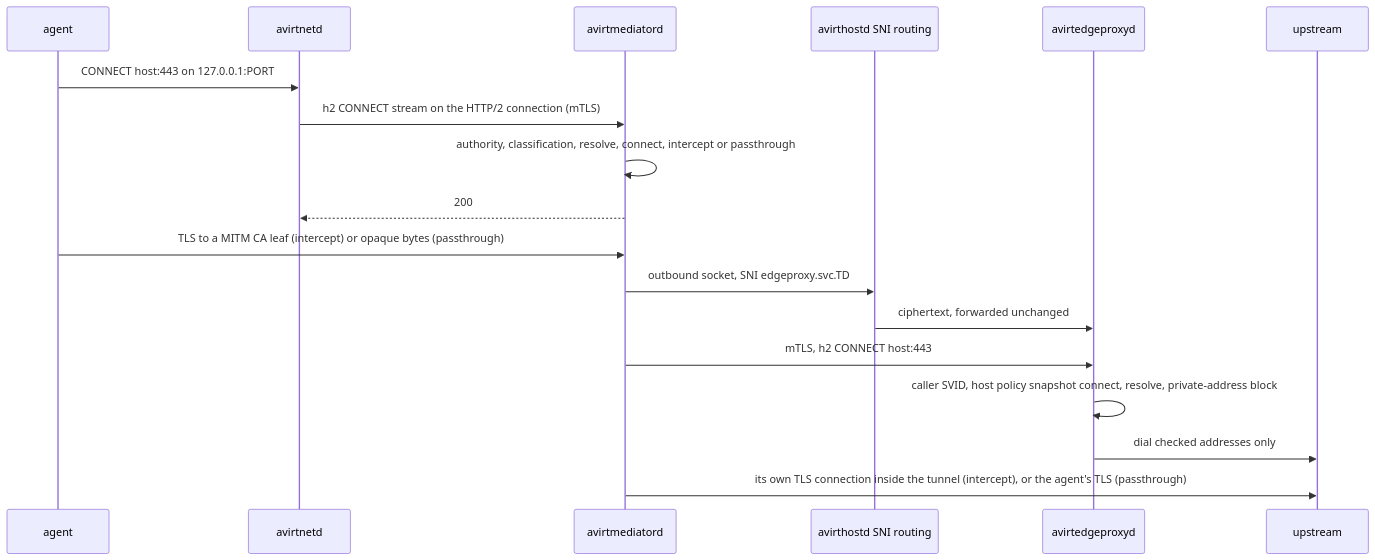
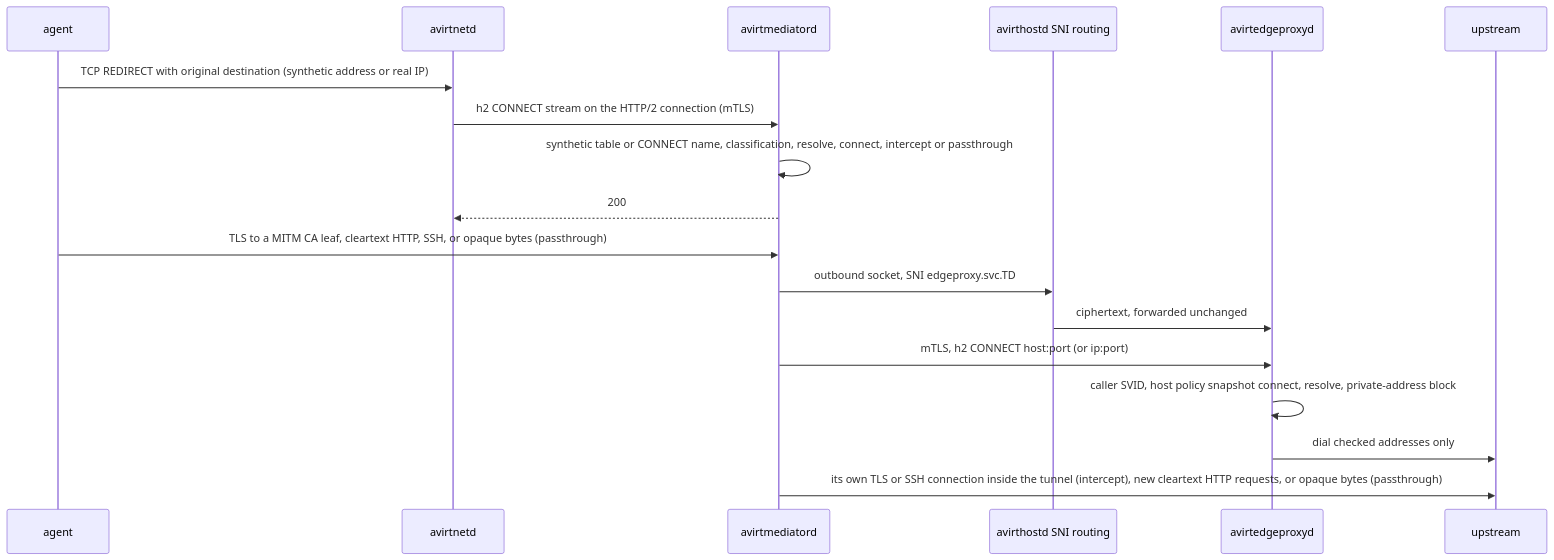
Before and after one commit to tbhb-dev/avirt: the second of 3 diagrams in docs/networking.md, drawn with Mermaid. The commit also changed other lines of this file and 58 other files, not shown here.

````diff
--- a/docs/networking.md
+++ b/docs/networking.md
@@ -161,20 +280,20 @@
 ```mermaid
 sequenceDiagram
     participant A as agent
     participant N as avirtnetd
     participant E as avirtmediatord
     participant R as avirthostd SNI routing
     participant F as avirtedgeproxyd
     participant U as upstream
-    A->>N: CONNECT host:443 on 127.0.0.1:PORT
+    A->>N: TCP REDIRECT with original destination (synthetic address or real IP)
     N->>E: h2 CONNECT stream on the HTTP/2 connection (mTLS)
-    E->>E: authority, classification, resolve, connect, intercept or passthrough
+    E->>E: synthetic table or CONNECT name, classification, resolve, connect, intercept or passthrough
     E-->>N: 200
-    A->>E: TLS to a MITM CA leaf (intercept) or opaque bytes (passthrough)
+    A->>E: TLS to a MITM CA leaf, cleartext HTTP, SSH, or opaque bytes (passthrough)
     E->>R: outbound socket, SNI edgeproxy.svc.TD
     R->>F: ciphertext, forwarded unchanged
-    E->>F: mTLS, h2 CONNECT host:443
+    E->>F: mTLS, h2 CONNECT host:port (or ip:port)
     F->>F: caller SVID, host policy snapshot connect, resolve, private-address block
     F->>U: dial checked addresses only
-    E->>U: its own TLS connection inside the tunnel (intercept), or the agent's TLS (passthrough)
+    E->>U: its own TLS or SSH connection inside the tunnel (intercept), new cleartext HTTP requests, or opaque bytes (passthrough)
 ```
````
